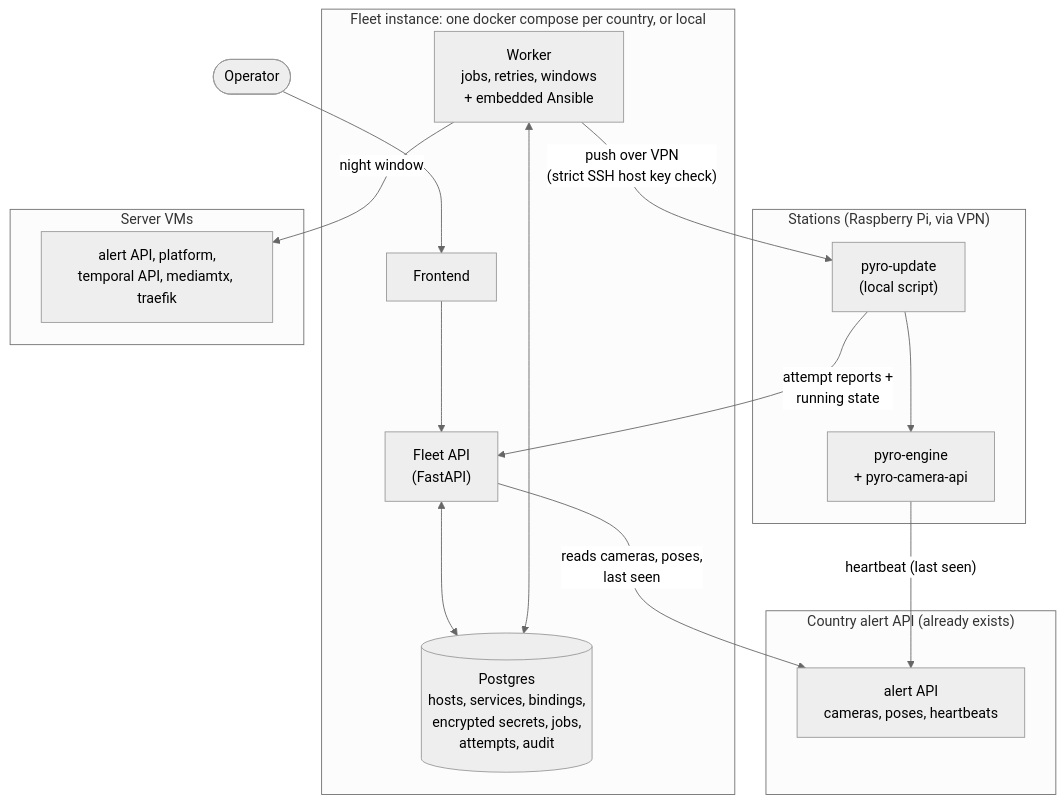
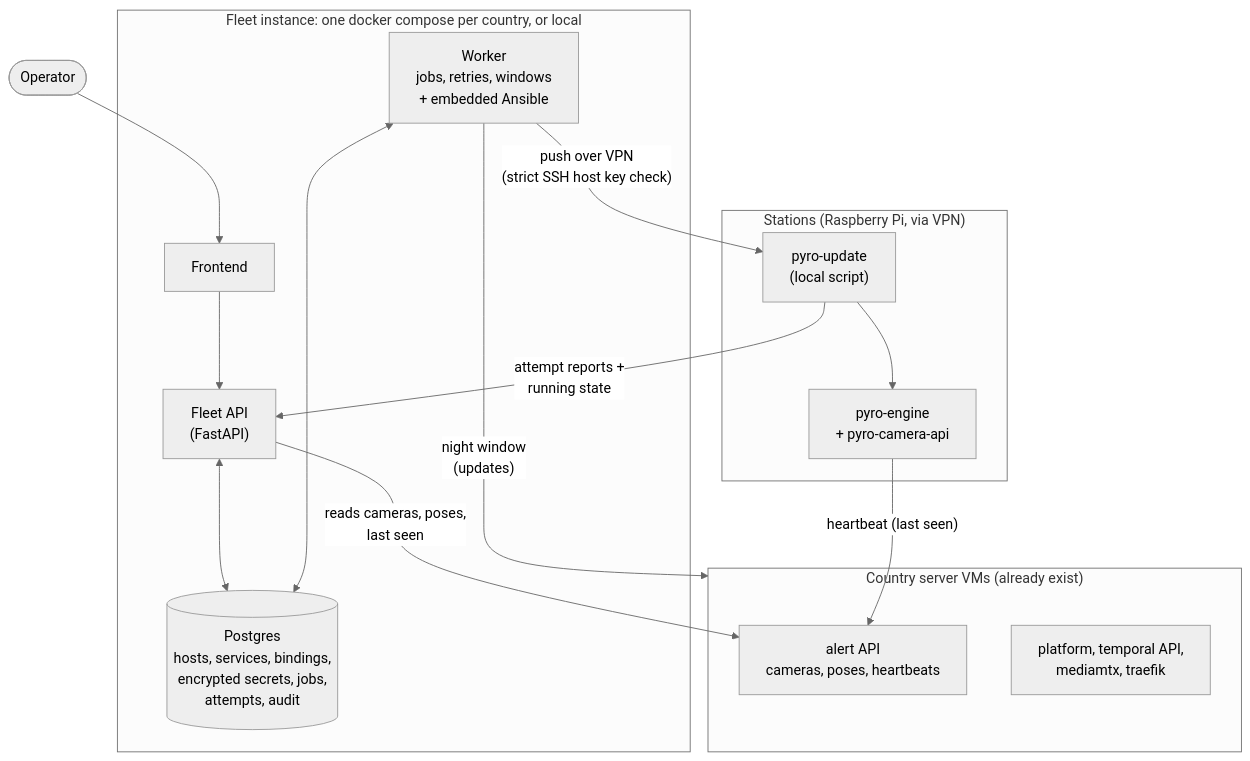
One commit to pyronear/pi-manager-template changed the third of 13 diagrams in docs/ADR/fleet-api.md. Above: the diagram before and after it, drawn with Mermaid (neutral theme).

Commit message:
docs(adr): show the alert API once in the architecture diagram
It was drawn both as a separate box and inside the server VMs.

````diff
--- a/docs/ADR/fleet-api.md
+++ b/docs/ADR/fleet-api.md
@@ -98,35 +98,32 @@
 ```mermaid
 flowchart TB
     OP(["Operator"])
 
     subgraph inst["Fleet instance: one docker compose per country, or local"]
         FRONT["Frontend"]
         FAPI["Fleet API<br/>(FastAPI)"]
         DB[("Postgres<br/>hosts, services, bindings,<br/>encrypted secrets, jobs,<br/>attempts, audit")]
         WK["Worker<br/>jobs, retries, windows<br/>+ embedded Ansible"]
         FRONT --> FAPI
         FAPI <--> DB
         WK <--> DB
     end
 
-    subgraph alert["Country alert API (already exists)"]
-        AAPI["alert API<br/>cameras, poses, heartbeats"]
-    end
-
     subgraph pis["Stations (Raspberry Pi, via VPN)"]
         UPD["pyro-update<br/>(local script)"]
         ENG["pyro-engine<br/>+ pyro-camera-api"]
         UPD --> ENG
     end
 
-    subgraph vms["Server VMs"]
-        SRV["alert API, platform,<br/>temporal API, mediamtx, traefik"]
+    subgraph vms["Country server VMs (already exist)"]
+        AAPI["alert API<br/>cameras, poses, heartbeats"]
+        SRV["platform, temporal API,<br/>mediamtx, traefik"]
     end
 
     OP --> FRONT
     FAPI -- "reads cameras, poses,<br/>last seen" --> AAPI
     WK -- "push over VPN<br/>(strict SSH host key check)" --> UPD
     UPD -- "attempt reports +<br/>running state" --> FAPI
-    WK -- "night window" --> SRV
+    WK -- "night window<br/>(updates)" --> vms
     ENG -- "heartbeat (last seen)" --> AAPI
 ```
````
